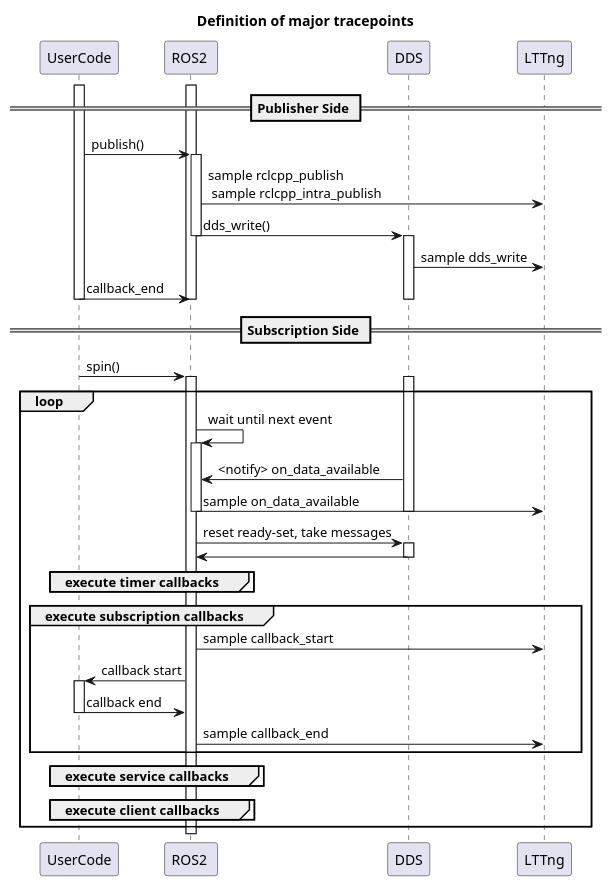
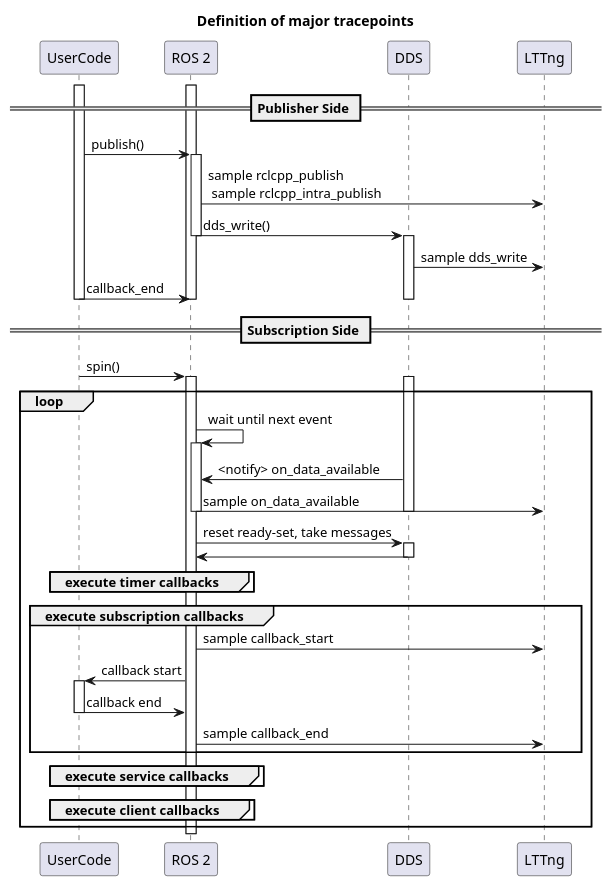
Before and after one commit to tier4/caret_doc: the diagram in docs/design/event_and_latency_definitions/index.md, drawn with PlantUML. The commit also changed 1 other file, not shown here.

````diff
--- a/docs/design/event_and_latency_definitions/index.md
+++ b/docs/design/event_and_latency_definitions/index.md
@@ -55,70 +55,70 @@
 ```plantuml
 @startuml
 title: Definition of major tracepoints
 
 participant UserCode
-participant "ROS2 " as ROS2
+participant "ROS 2" as ROS2
 participant DDS
 participant LTTng
 
 == Publisher Side ==
 
 activate ROS2
 activate UserCode
 UserCode -> ROS2: publish()
 activate ROS2
 ROS2 -> LTTng: sample rclcpp_publish \n sample rclcpp_intra_publish
 
 
 ROS2 -> DDS: dds_write()
 deactivate ROS2
 activate DDS
 DDS -> LTTng: sample dds_write
 
 UserCode -> ROS2 : callback_end
 deactivate UserCode
 deactivate ROS2
 deactivate DDS
 
 
 == Subscription Side ==
 
 UserCode -> ROS2 : spin()
 activate DDS
 activate ROS2
 
 loop
     ROS2 -> ROS2 : wait until next event
     activate ROS2
     DDS -> ROS2: <notify> on_data_available
     ROS2 -> LTTng : sample on_data_available
     deactivate ROS2
 
     deactivate DDS
     ROS2 -> DDS : reset ready-set, take messages
     activate DDS
     DDS -> ROS2
     deactivate DDS
 
     group execute timer callbacks
     end
 
     group execute subscription callbacks
         ROS2 -> LTTng: sample callback_start
         ROS2 -> UserCode: callback start
         activate UserCode
         UserCode -> ROS2: callback end
         deactivate UserCode
         ROS2 -> LTTng: sample callback_end
     end
 
     group execute service callbacks
     end
 
     group execute client callbacks
     end
 end
 
 deactivate ROS2
 @enduml
 ```
````
